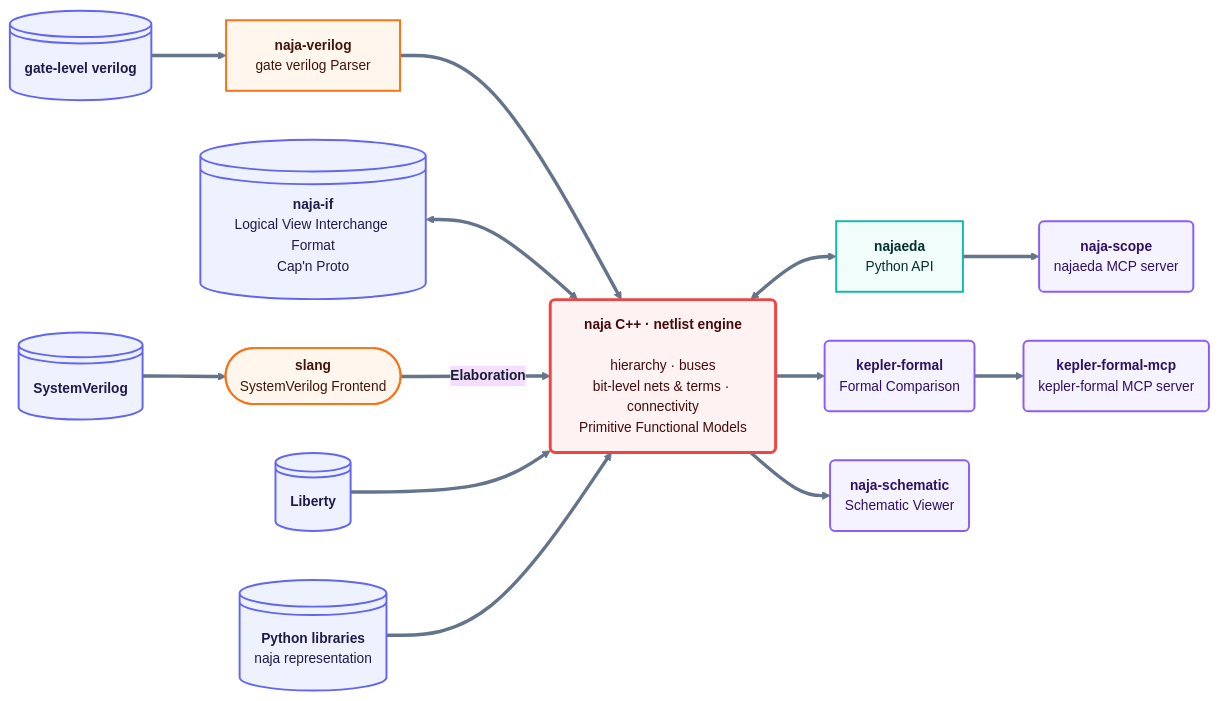
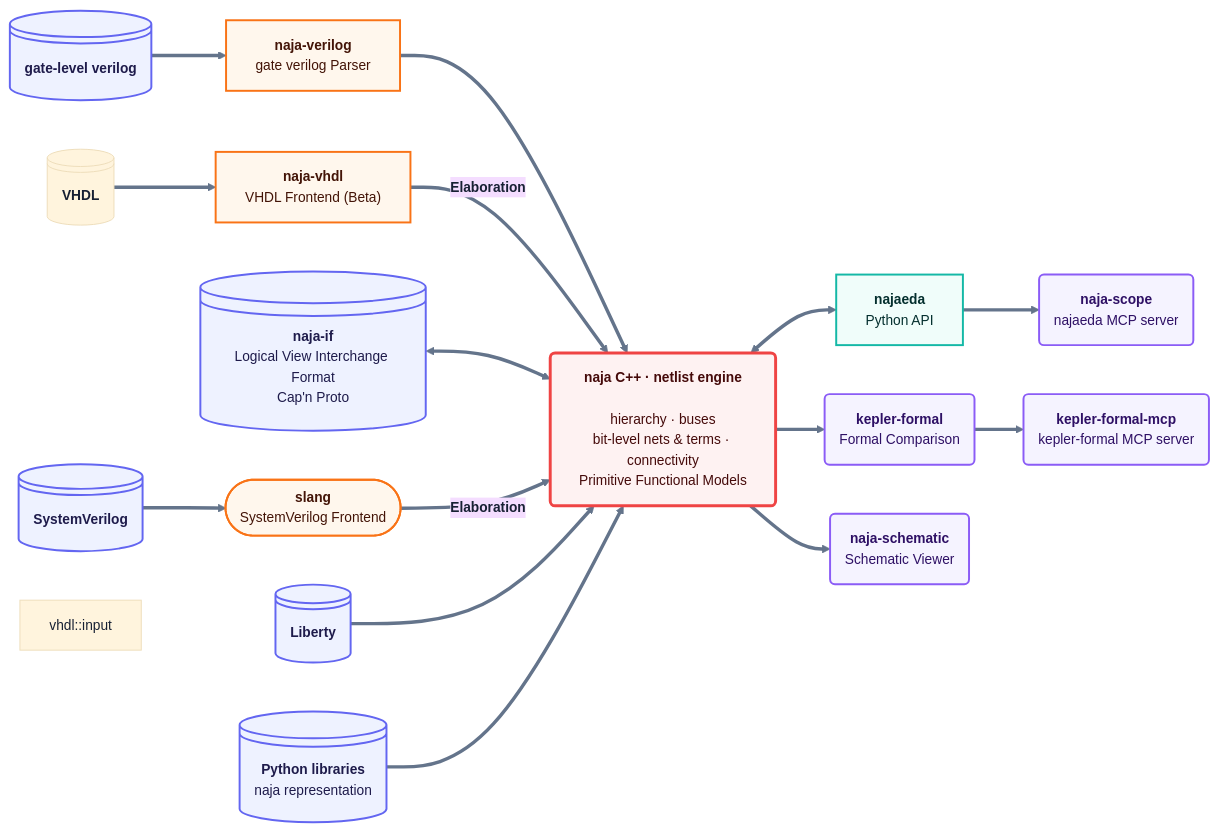
Before and after one commit to najaeda/naja: the diagram in README.md, drawn with Mermaid. The commit also changed other lines of this file, not shown here.

Commit message:
add VHDL in README

````diff
--- a/README.md
+++ b/README.md
@@ -45,61 +47,66 @@
 ```mermaid
 ---
 config:
   layout: dagre
   theme: base
   themeVariables:
     fontFamily: ''
     fontSize: 14px
     primaryTextColor: '#172033'
     lineColor: '#64748b'
     clusterBkg: '#f8fafc'
     clusterBorder: '#cbd5e1'
 ---
 flowchart LR
     sv["`**SystemVerilog**`"] ==> slang(["`**slang**<br>SystemVerilog Frontend`"])
+    vhdl["`**VHDL**`"] ==> naja-vhdl["`**naja-vhdl**<br> VHDL Frontend (Beta)`"]
     verilog["`**gate-level verilog**`"] ==> naja-verilog["`**naja-verilog**<br>gate verilog Parser`"]
     naja-verilog ==> naja["`**naja C++ · netlist engine**<br><br>hierarchy · buses<br>bit-level nets &amp; terms · connectivity<br>Primitive Functional Models`"]
+    naja-vhdl =="`**Elaboration**`"==> naja
     najaif@{ label: "**naja-if**<br>Logical View Interchange Format<br>Cap'n Proto" } <==> naja
     slang =="`**Elaboration**`"==> naja
     naja <==> najaeda["`**najaeda**<br>Python API`"]
     naja ==> kf("`**kepler-formal**<br>Formal Comparison`") & ns("`**naja-schematic**<br>Schematic Viewer`")
     najaeda ==> scope("`**naja-scope**<br>najaeda MCP server`")
     kf ==> kfm("`**kepler-formal-mcp**<br>kepler-formal MCP server`")
     lib["`**Liberty**`"] ==> naja
     pythonlibs["`**Python libraries**<br>naja representation`"] ==> naja
 
     sv@{ shape: disk}
+    vhdl@{ shape: disk}
     verilog@{ shape: disk}
     naja@{ shape: rounded}
     najaif@{ shape: disk}
     lib@{ shape: disk}
     pythonlibs@{ shape: disk}
-     sv:::input
-     slang:::frontend
-     naja-verilog:::frontend
-     verilog:::input
-     naja:::core
-     najaif:::input
-     najaeda:::api
-     kf:::tool
-     kfm:::tool
-     ns:::tool
-     scope:::tool
-     lib:::input
-     pythonlibs:::input
+    sv:::input
+    vhdl::input
+    slang:::frontend
+    naja-verilog:::frontend
+    naja-vhdl:::frontend
+    verilog:::input
+    naja:::core
+    najaif:::input
+    najaeda:::api
+    kf:::tool
+    kfm:::tool
+    ns:::tool
+    scope:::tool
+    lib:::input
+    pythonlibs:::input
     classDef input fill:#eef2ff,stroke:#6366f1,color:#1e1b4b,stroke-width:2px
     classDef frontend fill:#fff7ed,stroke:#f97316,color:#431407,stroke-width:2px
     classDef core fill:#fef2f2,stroke:#ef4444,color:#450a0a,stroke-width:3px
     classDef api fill:#f0fdfa,stroke:#14b8a6,color:#042f2e,stroke-width:2px
     classDef tool fill:#f5f3ff,stroke:#8b5cf6,color:#2e1065,stroke-width:2px
     click slang "https://github.com/MikePopoloski/slang"
     click naja-verilog "https://github.com/najaeda/naja-verilog"
     click naja "https://github.com/najaeda/naja"
     click najaif "https://github.com/najaeda/naja-if"
     click najaeda "https://pypi.org/project/najaeda/"
     click kf "https://github.com/keplertech/kepler-formal"
     click kfm "https://github.com/keplertech/kepler-formal-mcp"
     click ns "https://github.com/najaeda/naja-schematic"
     click scope "https://github.com/najaeda/naja-scope"
 
 ```
````
